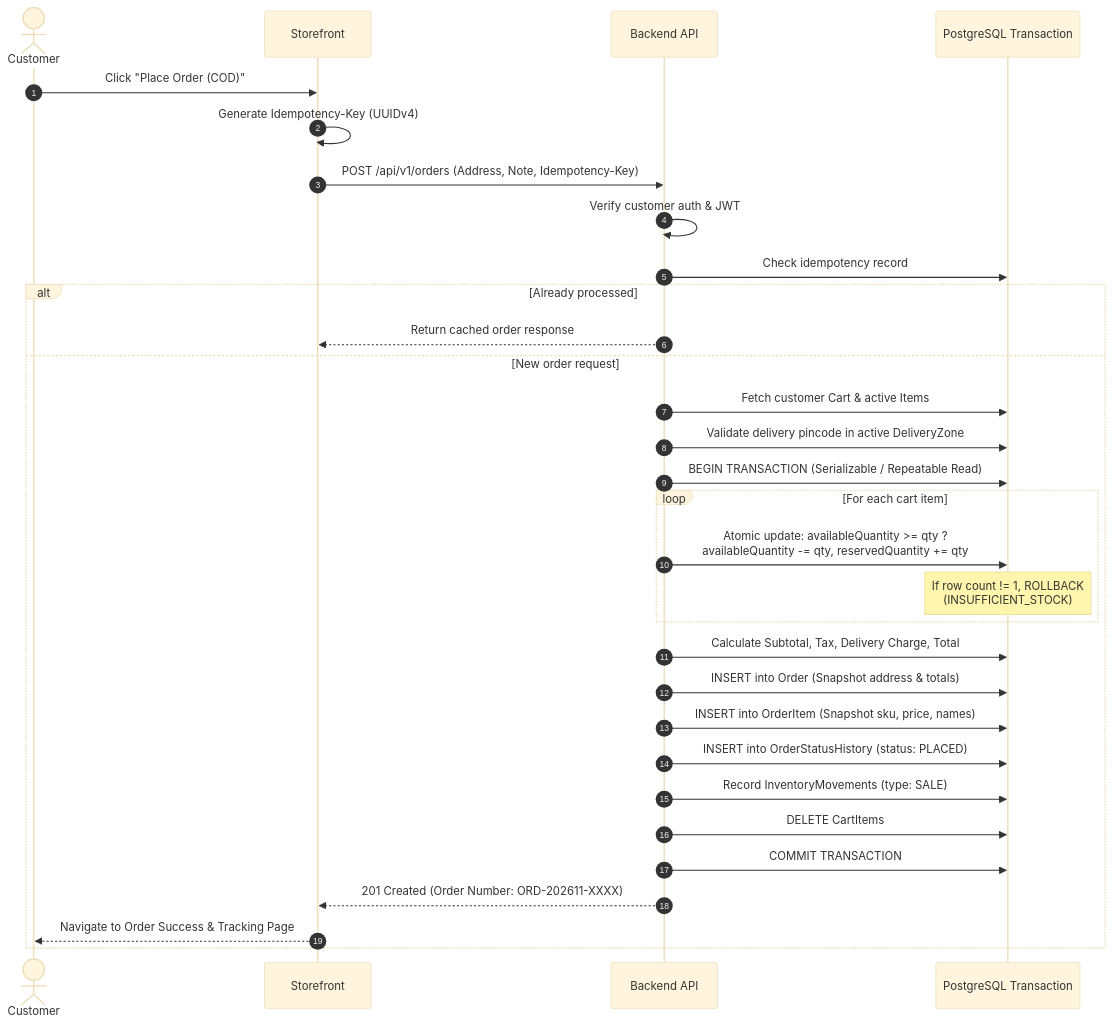
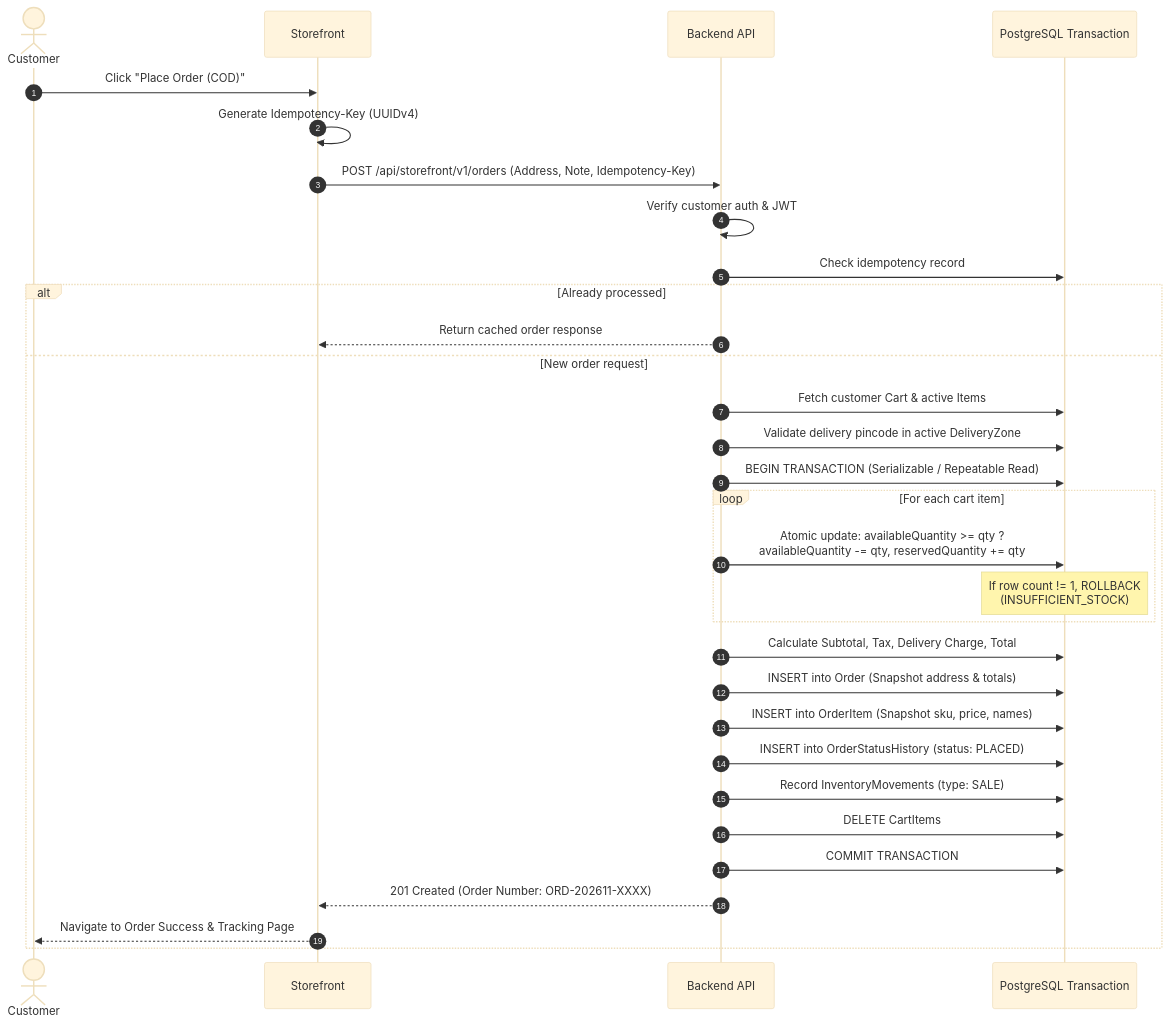
One commit to Gabrial-8467/Ecomm changed the first of 2 diagrams in docs/ORDER_FLOW.md. Above: the diagram before and after it, drawn with Mermaid (base theme). The commit also changed 63 other files, not shown here.

````diff
--- a/docs/ORDER_FLOW.md
+++ b/docs/ORDER_FLOW.md
@@ -9,34 +9,34 @@
 ```mermaid
 sequenceDiagram
     autonumber
     actor Customer
     participant Storefront
     participant API as Backend API
     participant DB as PostgreSQL Transaction
 
     Customer->>Storefront: Click "Place Order (COD)"
     Storefront->>Storefront: Generate Idempotency-Key (UUIDv4)
-    Storefront->>API: POST /api/v1/orders (Address, Note, Idempotency-Key)
+    Storefront->>API: POST /api/storefront/v1/orders (Address, Note, Idempotency-Key)
     API->>API: Verify customer auth & JWT
     API->>DB: Check idempotency record
     alt Already processed
         API-->>Storefront: Return cached order response
     else New order request
         API->>DB: Fetch customer Cart & active Items
         API->>DB: Validate delivery pincode in active DeliveryZone
         API->>DB: BEGIN TRANSACTION (Serializable / Repeatable Read)
         loop For each cart item
             API->>DB: Atomic update: availableQuantity >= qty ?<br/>availableQuantity -= qty, reservedQuantity += qty
             Note over DB: If row count != 1, ROLLBACK<br/>(INSUFFICIENT_STOCK)
         end
         API->>DB: Calculate Subtotal, Tax, Delivery Charge, Total
         API->>DB: INSERT into Order (Snapshot address & totals)
         API->>DB: INSERT into OrderItem (Snapshot sku, price, names)
         API->>DB: INSERT into OrderStatusHistory (status: PLACED)
         API->>DB: Record InventoryMovements (type: SALE)
         API->>DB: DELETE CartItems
         API->>DB: COMMIT TRANSACTION
         API-->>Storefront: 201 Created (Order Number: ORD-202611-XXXX)
         Storefront-->>Customer: Navigate to Order Success & Tracking Page
     end
 ```
````
